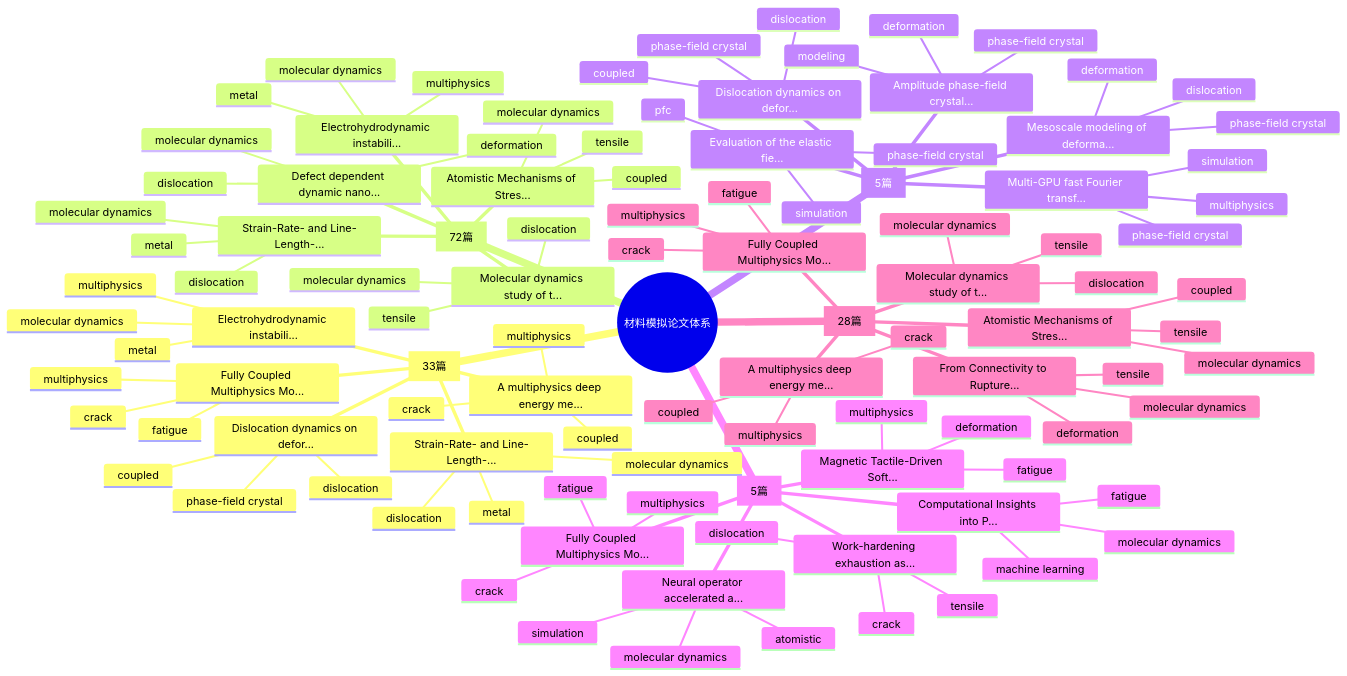
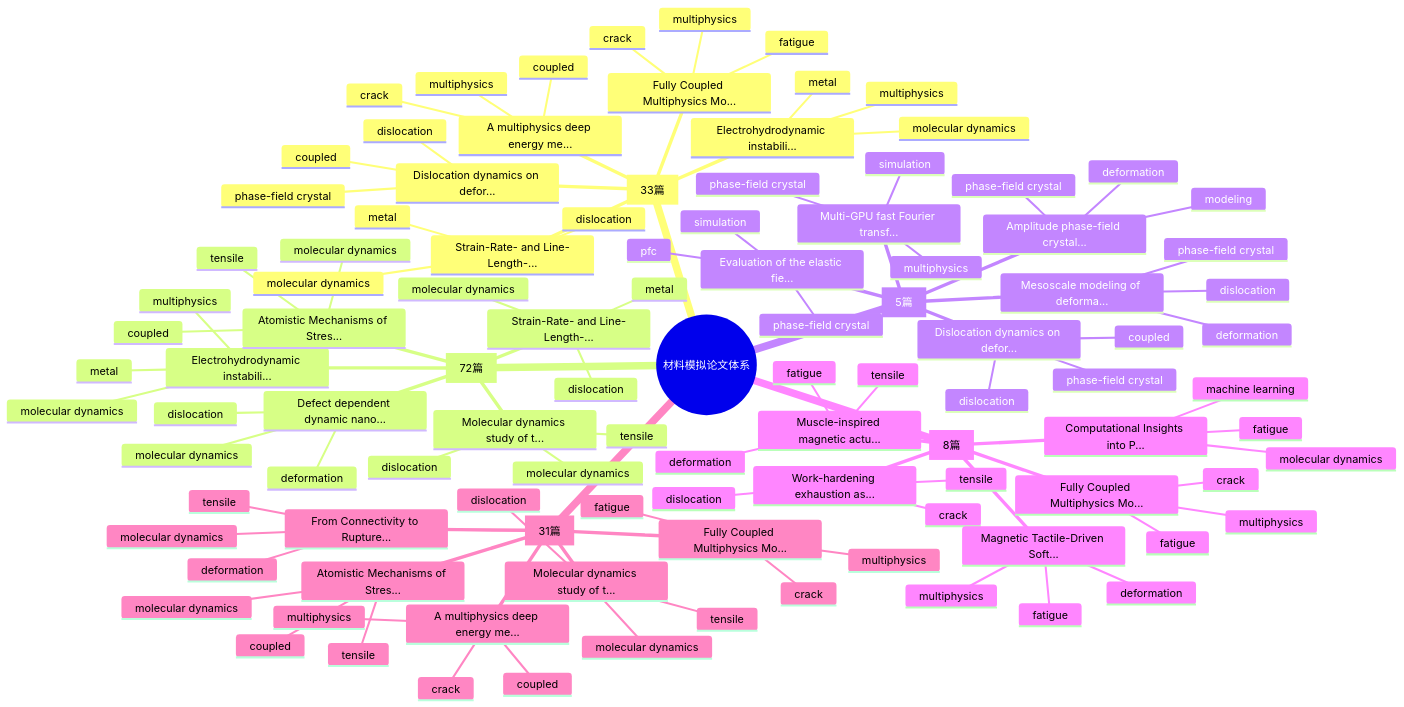
One commit to Shirakawa11111/BJK_readpaper changed the first of 2 diagrams in README.md. Above: the diagram before and after it, drawn with Mermaid. The commit also changed other lines of this file and 11 other files, not shown here.

```diff
--- a/README.md
+++ b/README.md
@@ -157,7 +157,7 @@
         phase-field crystal
         pfc
         simulation
-    Metal Fatigue Simulation [5篇]
+    Metal Fatigue Simulation [8篇]
       Fully Coupled Multiphysics Mo...
         fatigue
         multiphysics
@@ -170,15 +170,15 @@
         crack
         dislocation
         tensile
+      Muscle-inspired magnetic actu...
+        fatigue
+        tensile
+        deformation
       Magnetic Tactile-Driven Soft...
         multiphysics
         fatigue
         deformation
-      Neural operator accelerated a...
-        molecular dynamics
-        atomistic
-        simulation
-    Tensile / Deformation Simulation [28篇]
+    Tensile / Deformation Simulation [31篇]
       Fully Coupled Multiphysics Mo...
         fatigue
         multiphysics
```
